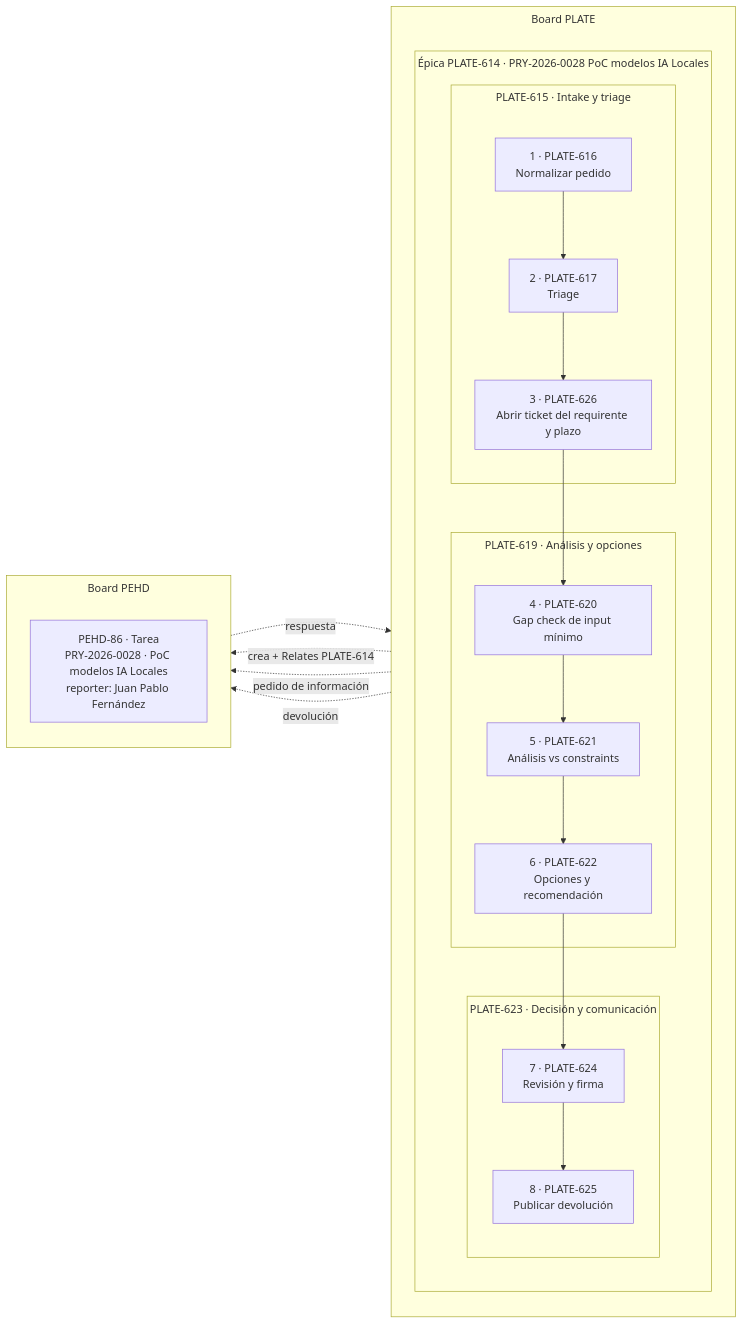
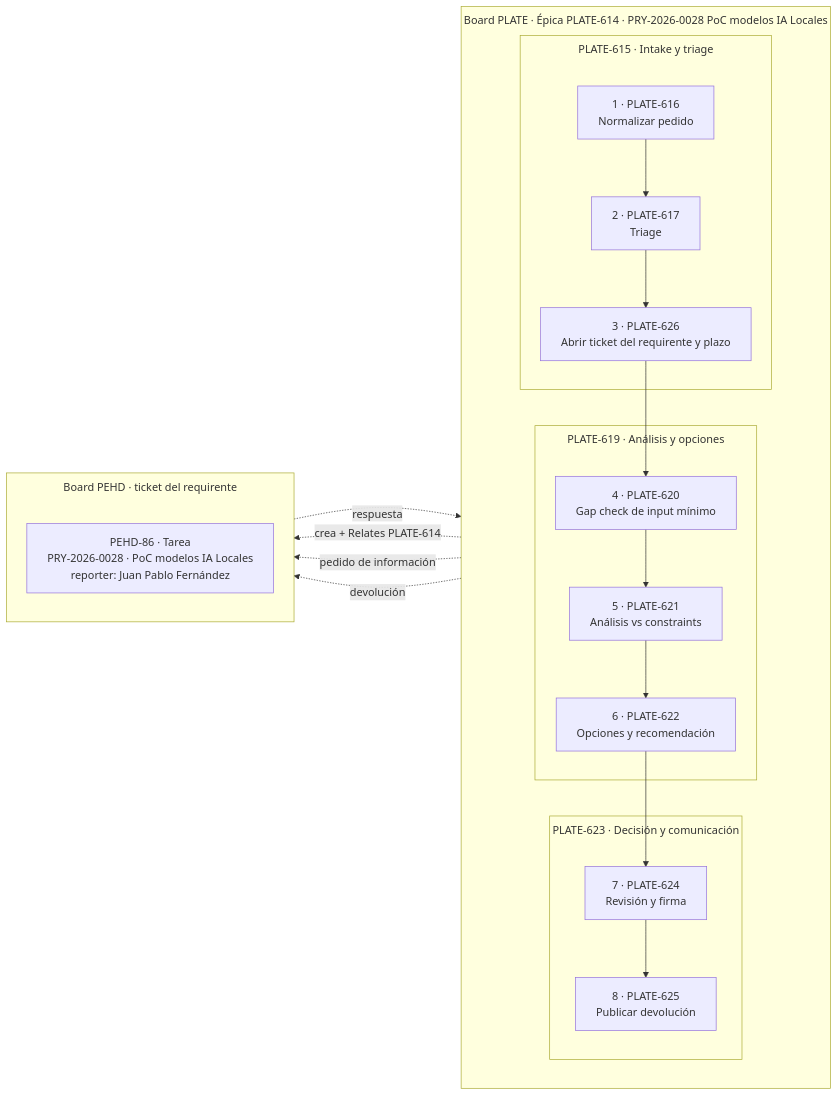
Before and after one commit to josefigueredo/arq-review: the first of 2 diagrams in docs/diagrams/jira-flujo.md, drawn with Mermaid. The commit also changed other lines of this file and 2 other files, not shown here.

Commit message:
docs: readable diagram PNGs (wrapped labels, wider lanes, 2x scale)

````diff
--- a/docs/diagrams/jira-flujo.md
+++ b/docs/diagrams/jira-flujo.md
@@ -26,36 +26,33 @@
 ```mermaid
-%%{init: {"flowchart": {"subGraphTitleMargin": {"top": 6, "bottom": 22}}}}%%
+%%{init: {"flowchart": {"wrappingWidth": 520, "subGraphTitleMargin": {"top": 8, "bottom": 24}, "nodeSpacing": 40, "rankSpacing": 60}}}%%
 flowchart LR
-    subgraph PLATE["Board PLATE"]
-        direction TB
-        subgraph E28["Épica PLATE-614 · PRY-2026-0028 PoC modelos IA Locales"]
+    subgraph E28["Board PLATE · Épica PLATE-614 · PRY-2026-0028 PoC modelos IA Locales"]
             direction TB
             subgraph S28a["PLATE-615 · Intake y triage"]
                 A1["1 · PLATE-616<br/>Normalizar pedido"]
                 A2["2 · PLATE-617<br/>Triage"]
                 A3["3 · PLATE-626<br/>Abrir ticket del requirente y plazo"]
             end
             subgraph S28b["PLATE-619 · Análisis y opciones"]
                 A4["4 · PLATE-620<br/>Gap check de input mínimo"]
                 A5["5 · PLATE-621<br/>Análisis vs constraints"]
                 A6["6 · PLATE-622<br/>Opciones y recomendación"]
             end
             subgraph S28c["PLATE-623 · Decisión y comunicación"]
                 A7["7 · PLATE-624<br/>Revisión y firma"]
                 A8["8 · PLATE-625<br/>Publicar devolución"]
             end
-        end
     end
 
-    subgraph PEHD["Board PEHD"]
+    subgraph PEHD["Board PEHD · ticket del requirente"]
         direction TB
         T28["PEHD-86 · Tarea<br/>PRY-2026-0028 · PoC modelos IA Locales<br/>reporter: Juan Pablo Fernández"]
     end
 
     A1 --> A2 --> A3 --> A4 --> A5 --> A6 --> A7 --> A8
 
     A3 -. "crea + Relates PLATE-614" .-> T28
     A4 -. "pedido de información" .-> T28
     T28 -. "respuesta" .-> A4
     A8 -. "devolución" .-> T28
 ```
````
